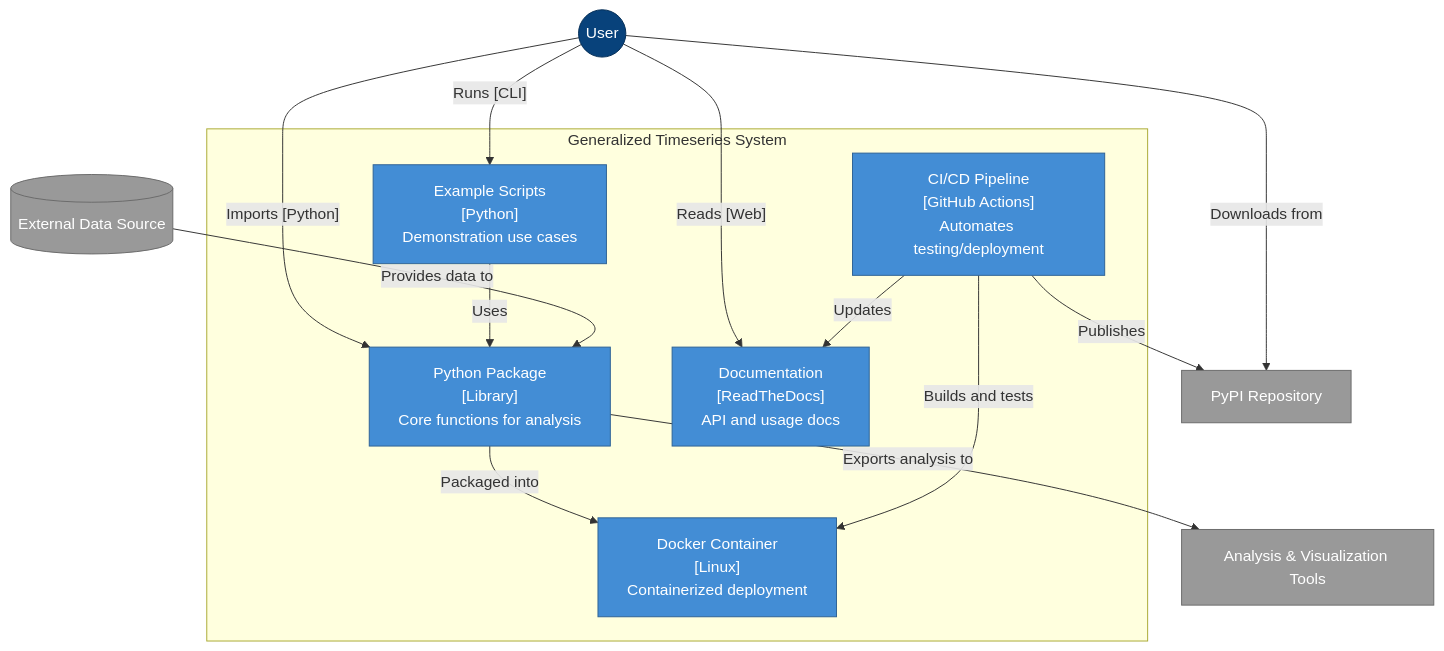
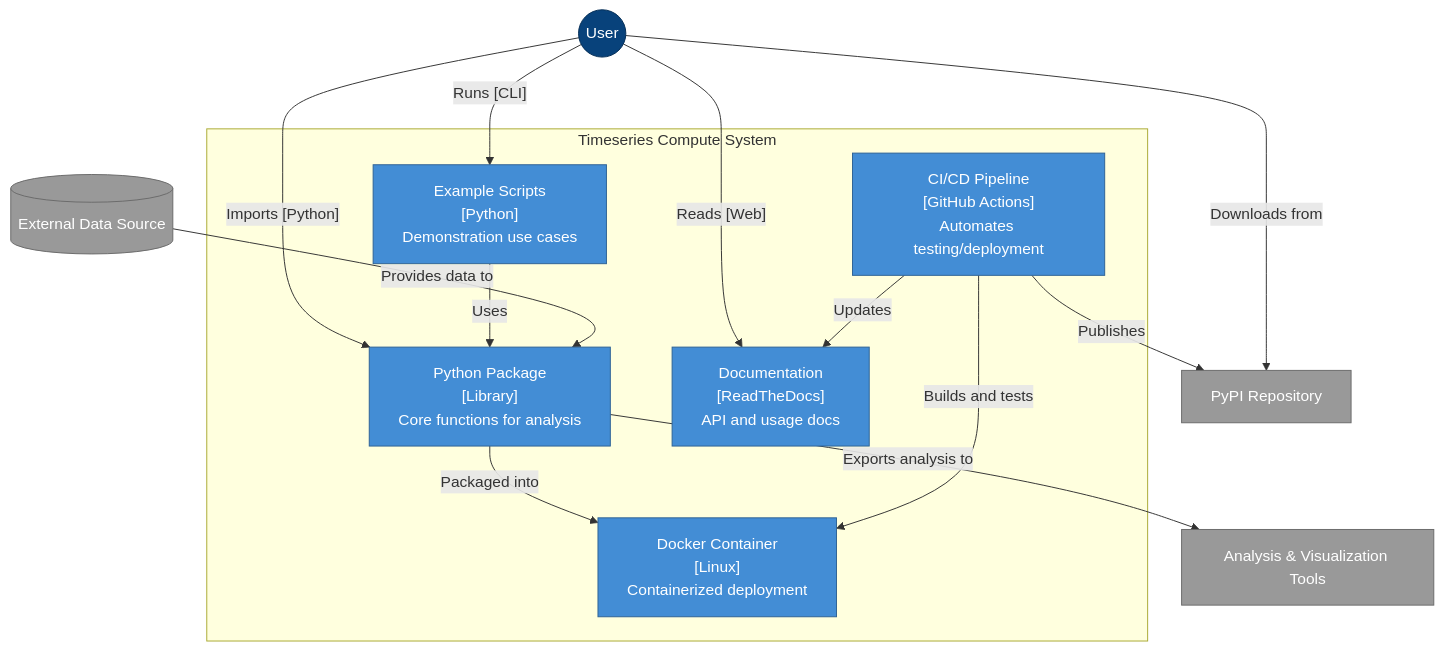
One commit to garthmortensen/timeseries-compute changed the third of 6 diagrams in README.md. Above: the diagram before and after it, drawn with Mermaid. The commit also changed other lines of this file and 25 other files, not shown here.

Commit message:
Rename: Rename to Timeseries Compute

````diff
--- a/README.md
+++ b/README.md
@@ -173,38 +173,38 @@
 ```mermaid
 flowchart TB
     %% Styling
     classDef person fill:#08427B,color:#fff,stroke:#052E56,stroke-width:1px
     classDef container fill:#438DD5,color:#fff,stroke:#2E6295,stroke-width:1px
     classDef external fill:#999999,color:#fff,stroke:#6B6B6B,stroke-width:1px
     classDef system fill:#1168BD,color:#fff,stroke:#0B4884,stroke-width:1px
     
     %% Person
     User((User)):::person
     
     %% System boundary
-    subgraph GeneralizedTimeseriesSystem["Generalized Timeseries System"]
+    subgraph TimeseriesComputeSystem["Timeseries Compute System"]
         PythonPackage["Python Package<br>[Library]<br>Core functions for analysis"]:::container
         Dockerized["Docker Container<br>[Linux]<br>Containerized deployment"]:::container
         ExampleScripts["Example Scripts<br>[Python]<br>Demonstration use cases"]:::container
         CIpipeline["CI/CD Pipeline<br>[GitHub Actions]<br>Automates testing/deployment"]:::container
         Documentation["Documentation<br>[ReadTheDocs]<br>API and usage docs"]:::container
     end
     
     %% External Systems
     ExternalDataSource[(External Data Source)]:::external
     AnalysisTool[Analysis & Visualization Tools]:::external
     PyPI[PyPI Repository]:::external
     
     %% Relationships
     User -- "Imports [Python]" --> PythonPackage
     User -- "Runs [CLI]" --> ExampleScripts
     User -- "Reads [Web]" --> Documentation
     ExampleScripts -- "Uses" --> PythonPackage
     PythonPackage -- "Packaged into" --> Dockerized
     CIpipeline -- "Builds and tests" --> Dockerized
     CIpipeline -- "Publishes" --> PyPI
     CIpipeline -- "Updates" --> Documentation
     ExternalDataSource -- "Provides data to" --> PythonPackage
     PythonPackage -- "Exports analysis to" --> AnalysisTool
     User -- "Downloads from" --> PyPI
 ```
````
